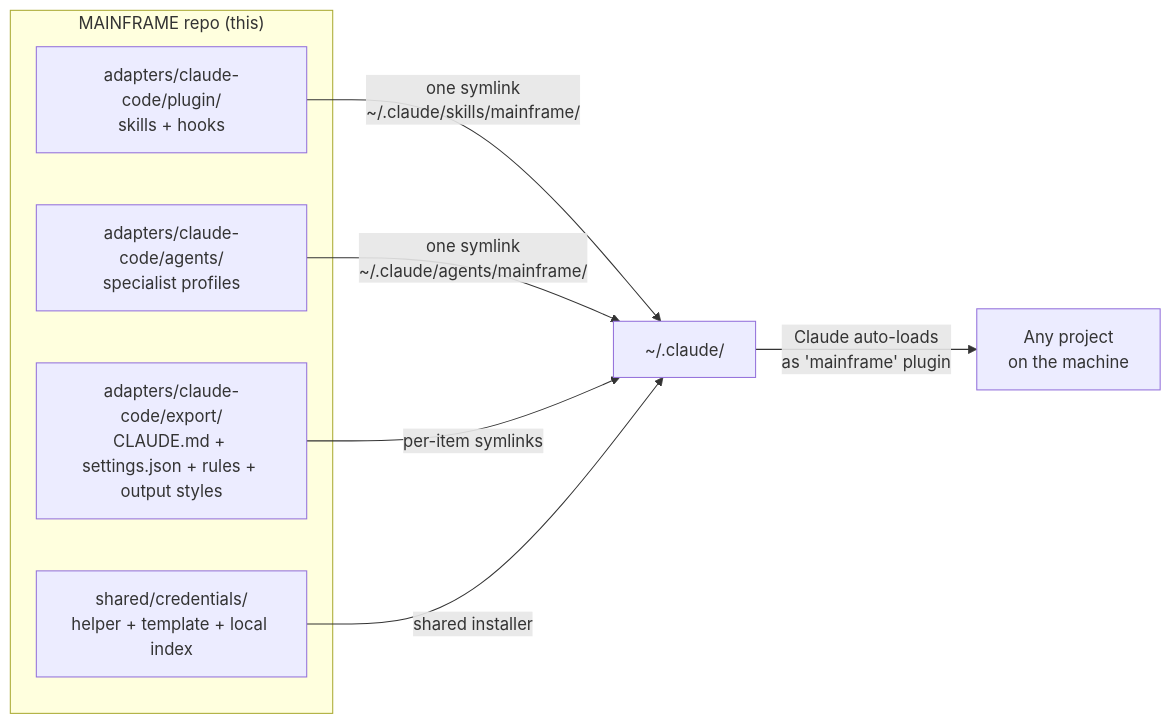
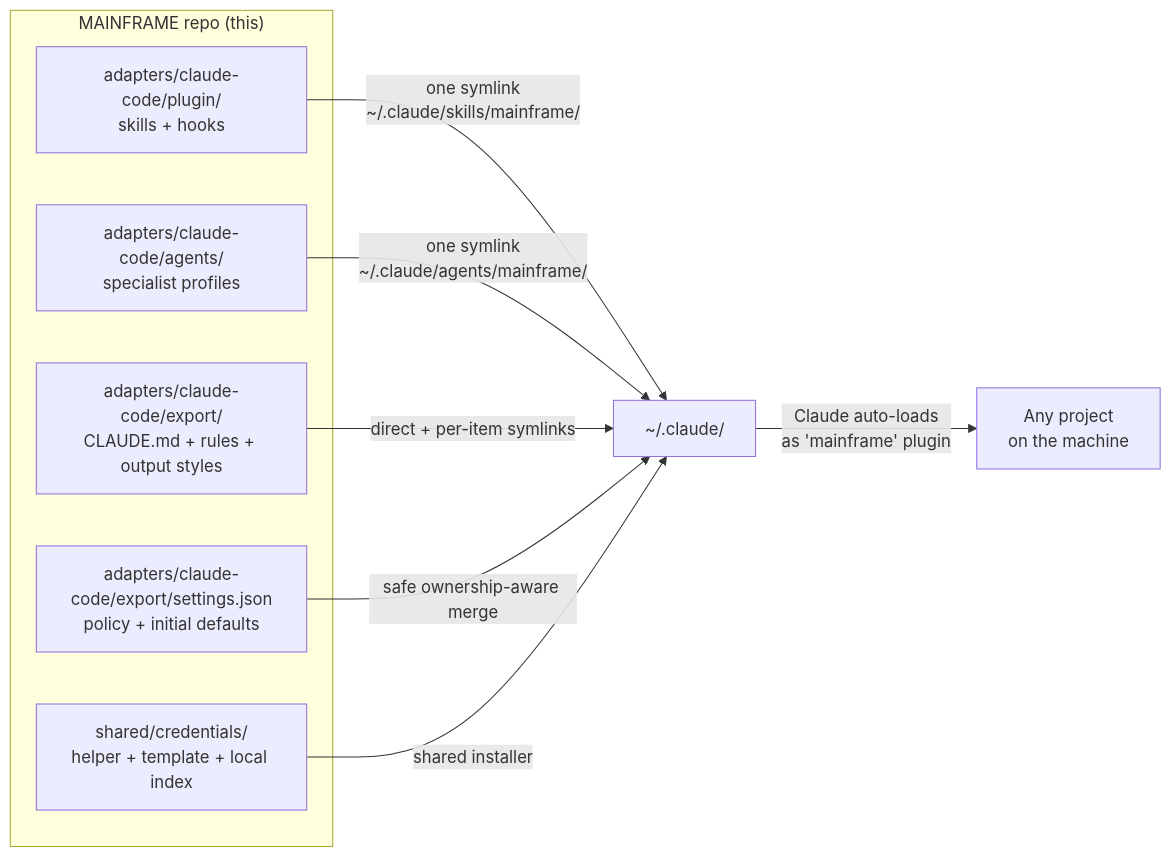
The first of 3 diagrams in README.md (CATWILLgh/MAINFRAME), drawn with Mermaid before and after one commit. The commit also changed other lines of this file and 3 other files, not shown here.

Commit message:
fix(claude-code): preserve mutable user settings

````diff
--- a/README.md
+++ b/README.md
@@ -178,15 +178,17 @@
 ```mermaid
 graph LR
     subgraph repo["MAINFRAME repo (this)"]
       P[adapters/claude-code/plugin/<br/>skills + hooks]
       A[adapters/claude-code/agents/<br/>specialist profiles]
-      E[adapters/claude-code/export/<br/>CLAUDE.md + settings.json + rules + output styles]
+      E[adapters/claude-code/export/<br/>CLAUDE.md + rules + output styles]
+      M[adapters/claude-code/export/settings.json<br/>policy + initial defaults]
       S[shared/credentials/<br/>helper + template + local index]
     end
 
     P -->|one symlink<br/>~/.claude/skills/mainframe/| home[~/.claude/]
     A -->|one symlink<br/>~/.claude/agents/mainframe/| home
-    E -->|per-item symlinks| home
+    E -->|direct + per-item symlinks| home
+    M -->|safe ownership-aware merge| home
     S -->|shared installer| home
     home -->|Claude auto-loads<br/>as 'mainframe' plugin| any[Any project<br/>on the machine]
 ```
````
